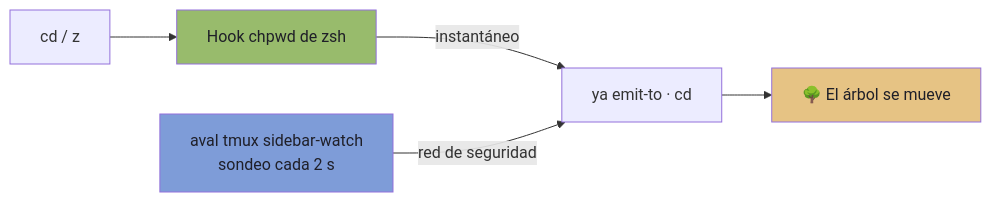
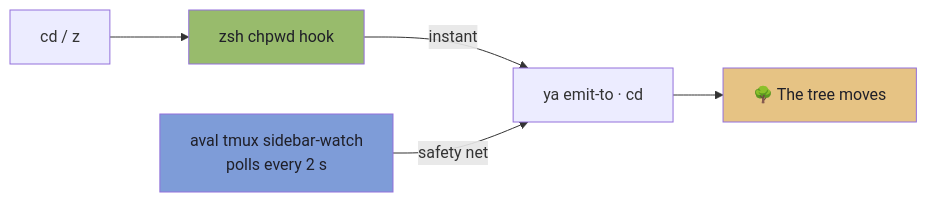
The diagram in docs/guide.md (alvaroofernaandez/aval), drawn with Mermaid before and after one commit. The commit also changed other lines of this file and 3 other files, not shown here.

````diff
--- a/docs/guide.md
+++ b/docs/guide.md
@@ -500,10 +498,10 @@
 ```mermaid
 flowchart LR
-    A["cd / z"] --> B["Hook chpwd de zsh"]
-    B -->|instantáneo| D["ya emit-to · cd"]
-    C["aval tmux sidebar-watch<br/>sondeo cada 2 s"] -->|red de seguridad| D
-    D --> E["🌳 El árbol se mueve"]
+    A["cd / z"] --> B["zsh chpwd hook"]
+    B -->|instant| D["ya emit-to · cd"]
+    C["aval tmux sidebar-watch<br/>polls every 2 s"] -->|safety net| D
+    D --> E["🌳 The tree moves"]
     style B fill:#98BB6C,color:#1F1F28
     style C fill:#7E9CD8,color:#1F1F28
     style E fill:#E6C384,color:#1F1F28
 ```
````
